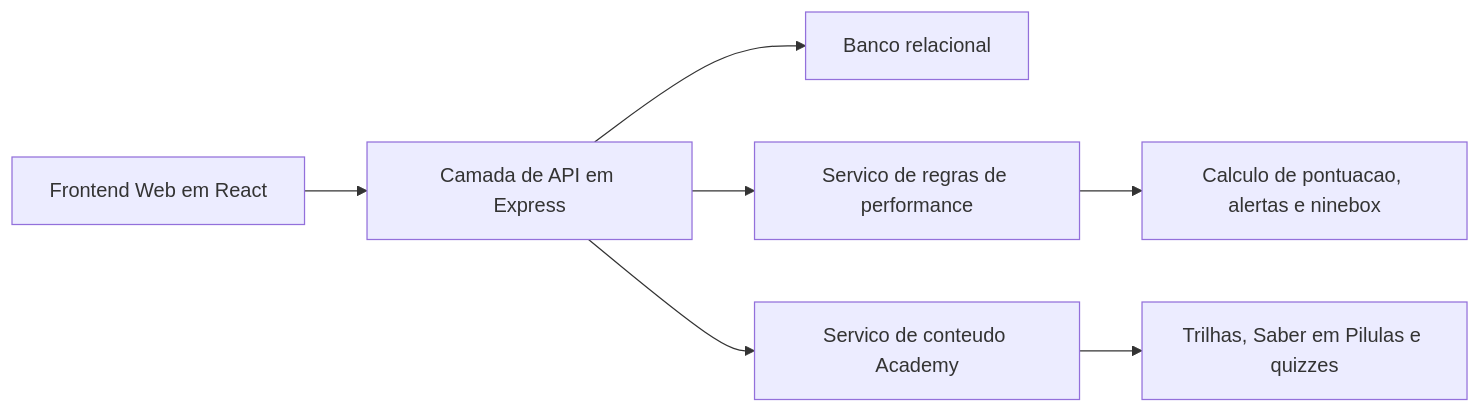
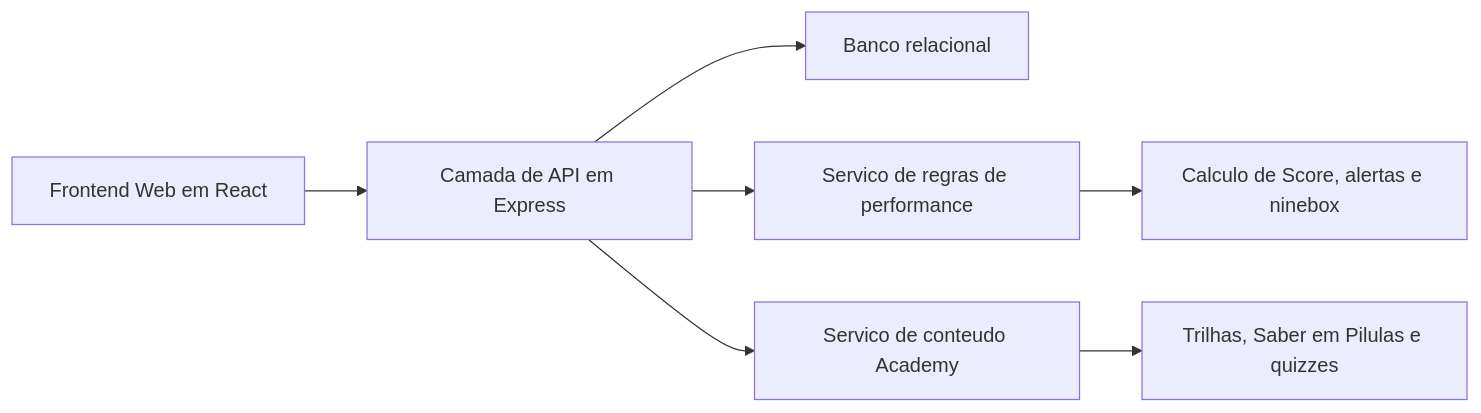
The first of 3 diagrams in .trae/documents/arquitetura-tecnica-atlas-performance.md (andrelssouza/gestao-desempenho), drawn with Mermaid before and after one commit. The commit also changed other lines of this file and 4 other files, not shown here.

````diff
--- a/.trae/documents/arquitetura-tecnica-atlas-performance.md
+++ b/.trae/documents/arquitetura-tecnica-atlas-performance.md
@@ -2,9 +2,9 @@
 ```mermaid
 flowchart LR
     A["Frontend Web em React"] --> B["Camada de API em Express"]
     B --> C["Banco relacional"]
     B --> D["Servico de regras de performance"]
     B --> E["Servico de conteudo Academy"]
-    D --> F["Calculo de pontuacao, alertas e ninebox"]
+    D --> F["Calculo de Score, alertas e ninebox"]
     E --> G["Trilhas, Saber em Pilulas e quizzes"]
 ```
````
